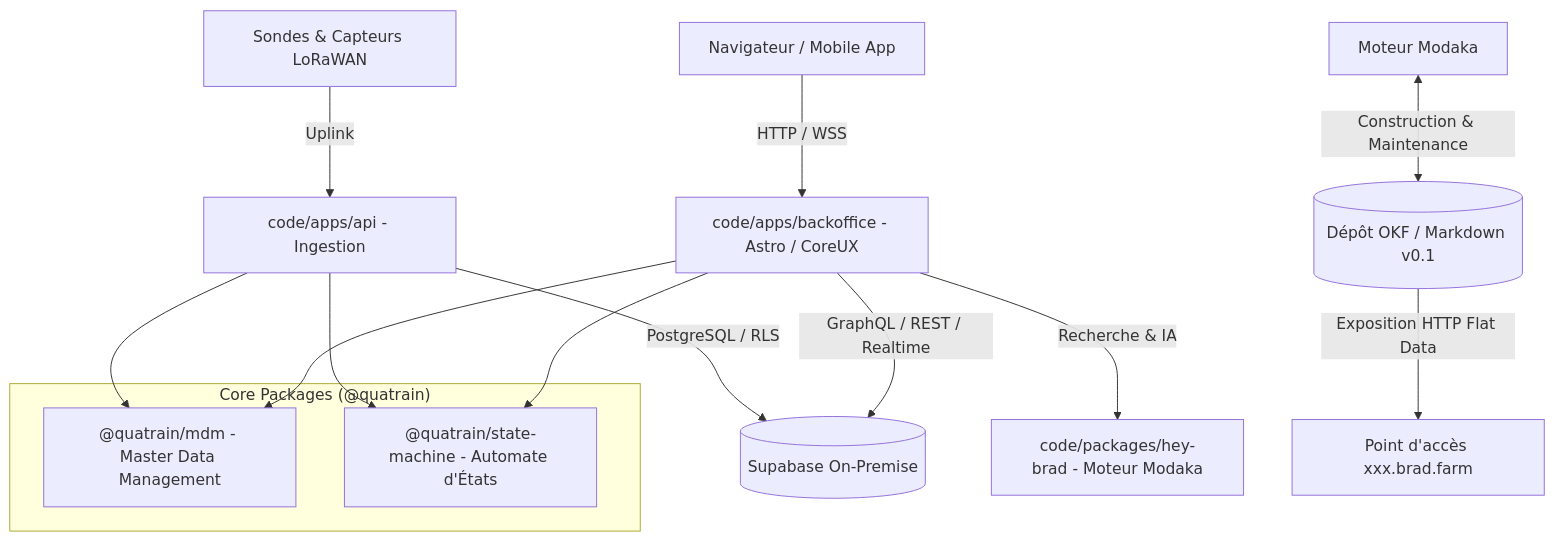
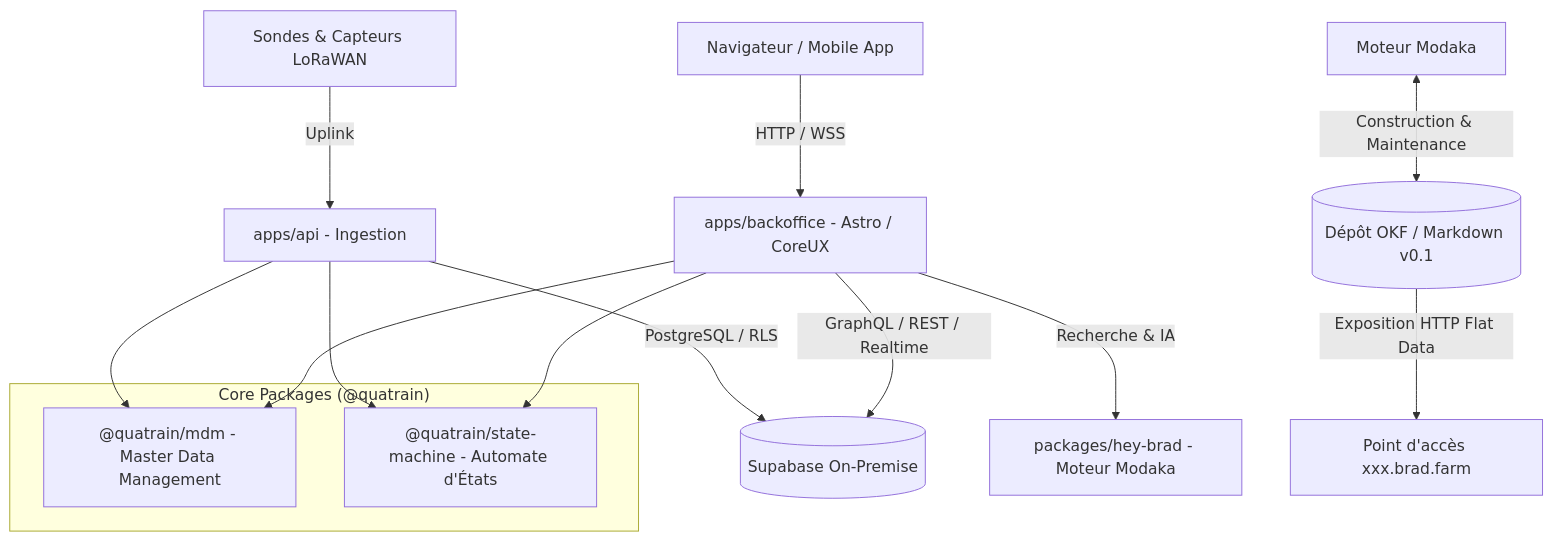
Before and after one commit to bradtech-oss/stack: the diagram in docs/architecture/ARCHITECTURE.fr.md, drawn with Mermaid. The commit also changed other lines of this file and 12 other files, not shown here.

````diff
--- a/docs/architecture/ARCHITECTURE.fr.md
+++ b/docs/architecture/ARCHITECTURE.fr.md
@@ -18,22 +18,22 @@
 ```mermaid
 graph TD
-    Client["Navigateur / Mobile App"] -->|HTTP / WSS| Backoffice["code/apps/backoffice - Astro / CoreUX"]
-    Sensors["Sondes & Capteurs LoRaWAN"] -->|Uplink| API["code/apps/api - Ingestion"]
+    Client["Navigateur / Mobile App"] -->|HTTP / WSS| Backoffice["apps/backoffice - Astro / CoreUX"]
+    Sensors["Sondes & Capteurs LoRaWAN"] -->|Uplink| API["apps/api - Ingestion"]
     
     API -->|PostgreSQL / RLS| Supabase[("Supabase On-Premise")]
     Backoffice -->|GraphQL / REST / Realtime| Supabase
     
-    Backoffice -->|Recherche & IA| HeyBrad["code/packages/hey-brad - Moteur Modaka"]
+    Backoffice -->|Recherche & IA| HeyBrad["packages/hey-brad - Moteur Modaka"]
     Modaka["Moteur Modaka"] <-->|Construction & Maintenance| OKFRepo[("Dépôt OKF / Markdown v0.1")]
     OKFRepo -->|Exposition HTTP Flat Data| OpenDataServer["Point d'accès xxx.brad.farm"]
 
     subgraph CorePackages ["Core Packages (@quatrain)"]
         MDM["@quatrain/mdm - Master Data Management"]
         FSM["@quatrain/state-machine - Automate d'États"]
     end
 
     API --> MDM
     API --> FSM
     Backoffice --> MDM
     Backoffice --> FSM
 ```
````
